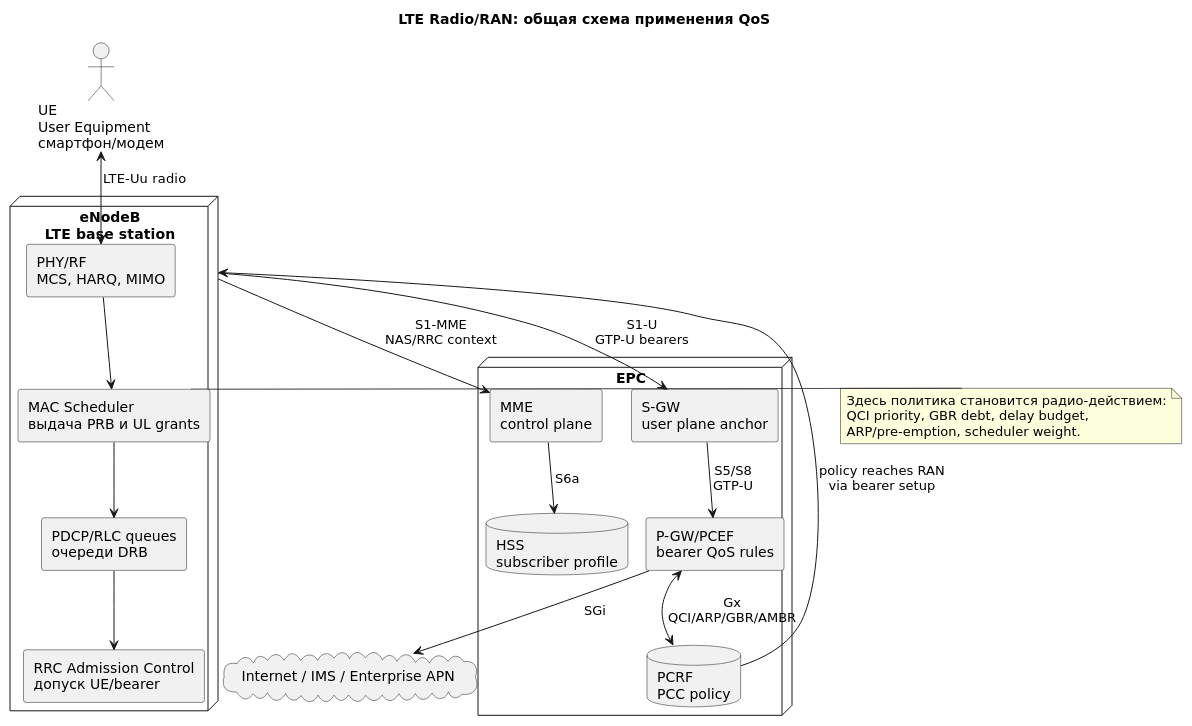
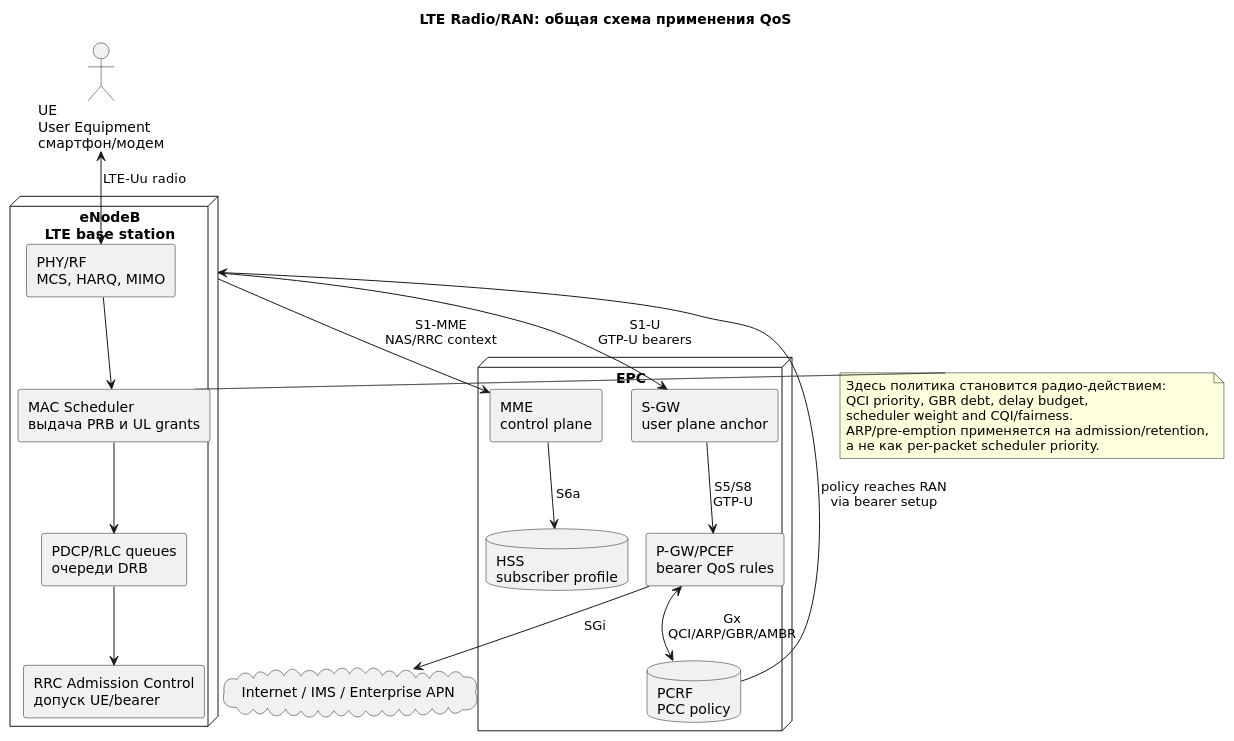
Before and after one commit to jvbistrue-art/Analitics: the diagram in docs/mobile-network-qos/diagrams/src/lte-radio-common.puml, drawn with PlantUML. The commit also changed 24 other files, not shown here.

```diff
--- a/docs/mobile-network-qos/diagrams/src/lte-radio-common.puml
+++ b/docs/mobile-network-qos/diagrams/src/lte-radio-common.puml
@@ -1,41 +1,43 @@
 @startuml lte-radio-common
 !pragma layout smetana
 skinparam componentStyle rectangle
 skinparam shadowing false
 skinparam defaultFontName DejaVu Sans
 title LTE Radio/RAN: общая схема применения QoS
 
 actor "UE\nUser Equipment\nсмартфон/модем" as UE
 node "eNodeB\nLTE base station" as ENB {
   rectangle "RRC Admission Control\nдопуск UE/bearer" as RRC
   rectangle "PDCP/RLC queues\nочереди DRB" as RLC
   rectangle "MAC Scheduler\nвыдача PRB и UL grants" as MAC
   rectangle "PHY/RF\nMCS, HARQ, MIMO" as PHY
 }
 node "EPC" as EPC {
   rectangle "MME\ncontrol plane" as MME
   rectangle "S-GW\nuser plane anchor" as SGW
   rectangle "P-GW/PCEF\nbearer QoS rules" as PGW
   database "HSS\nsubscriber profile" as HSS
   database "PCRF\nPCC policy" as PCRF
 }
 cloud "Internet / IMS / Enterprise APN" as DN
 
 UE <--> PHY : LTE-Uu radio
 PHY --> MAC
 MAC --> RLC
 RLC --> RRC
 ENB --> MME : S1-MME\nNAS/RRC context
 ENB --> SGW : S1-U\nGTP-U bearers
 SGW --> PGW : S5/S8\nGTP-U
 PGW --> DN : SGi
 MME --> HSS : S6a
 PGW <--> PCRF : Gx\nQCI/ARP/GBR/AMBR
 PCRF --> ENB : policy reaches RAN\nvia bearer setup
 
 note right of MAC
 Здесь политика становится радио-действием:
 QCI priority, GBR debt, delay budget,
-ARP/pre-emption, scheduler weight.
+scheduler weight and CQI/fairness.
+ARP/pre-emption применяется на admission/retention,
+а не как per-packet scheduler priority.
 end note
 @enduml
```
